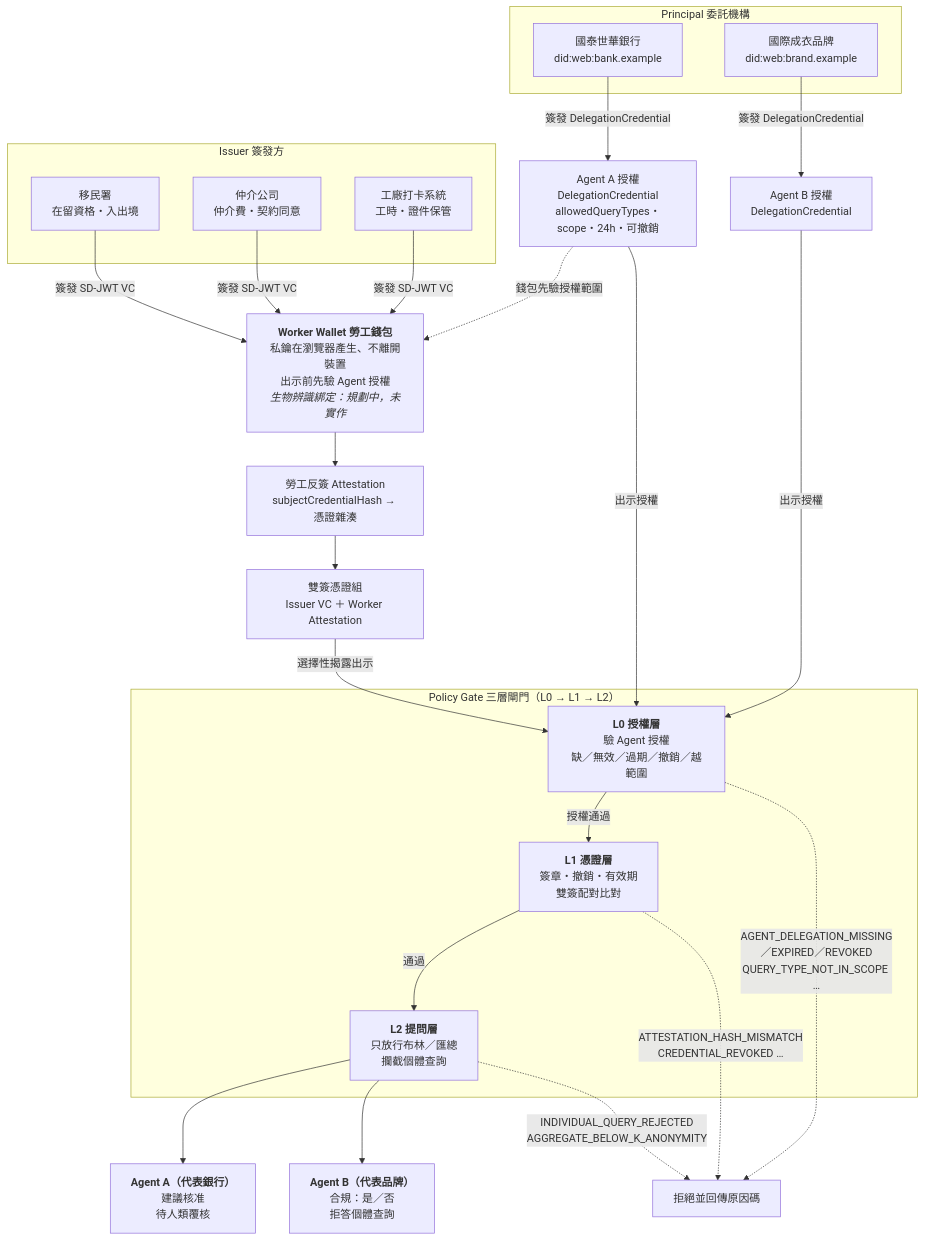
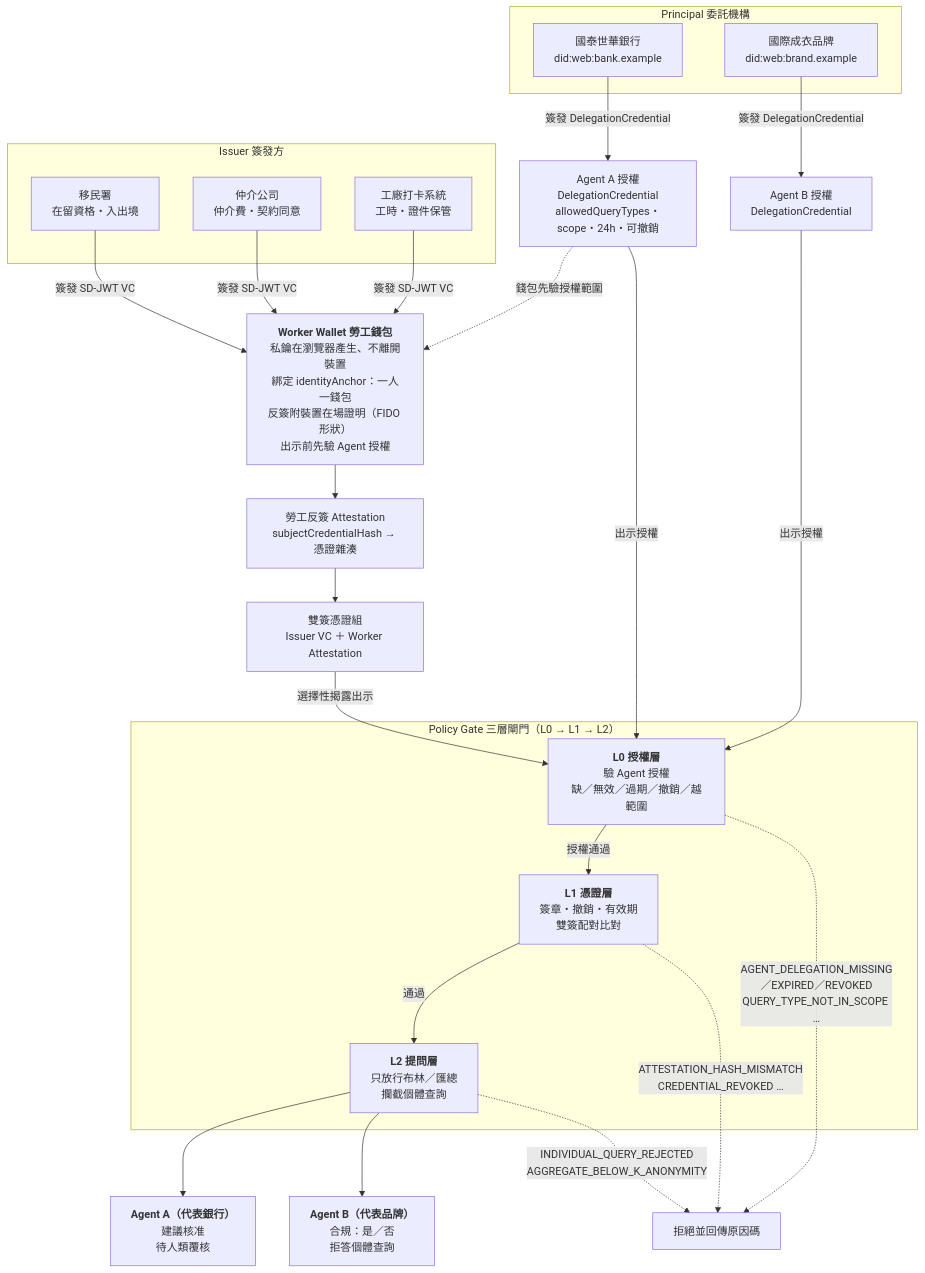
Before and after one commit to zuemen/evidence-at-source: the diagram in README.md, drawn with Mermaid. The commit also changed other lines of this file and 16 other files, not shown here.

````diff
--- a/README.md
+++ b/README.md
@@ -48,48 +48,48 @@
 ```mermaid
 flowchart TD
     subgraph ISS["Issuer 簽發方"]
         I1["移民署<br/>在留資格・入出境"]
         I2["仲介公司<br/>仲介費・契約同意"]
         I3["工廠打卡系統<br/>工時・證件保管"]
     end
 
     subgraph PRIN["Principal 委託機構"]
         P1["國泰世華銀行<br/>did:web:bank.example"]
         P2["國際成衣品牌<br/>did:web:brand.example"]
     end
 
-    W["<b>Worker Wallet 勞工錢包</b><br/>私鑰在瀏覽器產生、不離開裝置<br/>出示前先驗 Agent 授權<br/><i>生物辨識綁定：規劃中，未實作</i>"]
+    W["<b>Worker Wallet 勞工錢包</b><br/>私鑰在瀏覽器產生、不離開裝置<br/>綁定 identityAnchor：一人一錢包<br/>反簽附裝置在場證明（FIDO 形狀）<br/>出示前先驗 Agent 授權"]
     ATT["勞工反簽 Attestation<br/>subjectCredentialHash → 憑證雜湊"]
     PAIR["雙簽憑證組<br/>Issuer VC ＋ Worker Attestation"]
     DA["Agent A 授權<br/>DelegationCredential<br/>allowedQueryTypes・scope・24h・可撤銷"]
     DB["Agent B 授權<br/>DelegationCredential"]
 
     subgraph GATE["Policy Gate 三層閘門（L0 → L1 → L2）"]
         G0["<b>L0 授權層</b><br/>驗 Agent 授權<br/>缺／無效／過期／撤銷／越範圍"]
         G1["<b>L1 憑證層</b><br/>簽章・撤銷・有效期<br/>雙簽配對比對"]
         G2["<b>L2 提問層</b><br/>只放行布林／匯總<br/>攔截個體查詢"]
     end
 
     A["<b>Agent A（代表銀行）</b><br/>建議核准<br/>待人類覆核"]
     B["<b>Agent B（代表品牌）</b><br/>合規：是／否<br/>拒答個體查詢"]
     X1["拒絕並回傳原因碼"]
 
     I1 -->|簽發 SD-JWT VC| W
     I2 -->|簽發 SD-JWT VC| W
     I3 -->|簽發 SD-JWT VC| W
     P1 -->|簽發 DelegationCredential| DA
     P2 -->|簽發 DelegationCredential| DB
     DA -.->|錢包先驗授權範圍| W
     W --> ATT
     ATT --> PAIR
     DA -->|出示授權| G0
     DB -->|出示授權| G0
     PAIR -->|選擇性揭露出示| G0
     G0 -->|授權通過| G1
     G0 -.->|AGENT_DELEGATION_MISSING／EXPIRED／REVOKED<br/>QUERY_TYPE_NOT_IN_SCOPE …| X1
     G1 -->|通過| G2
     G1 -.->|ATTESTATION_HASH_MISMATCH<br/>CREDENTIAL_REVOKED …| X1
     G2 --> A
     G2 --> B
     G2 -.->|INDIVIDUAL_QUERY_REJECTED<br/>AGGREGATE_BELOW_K_ANONYMITY| X1
 ```
````
